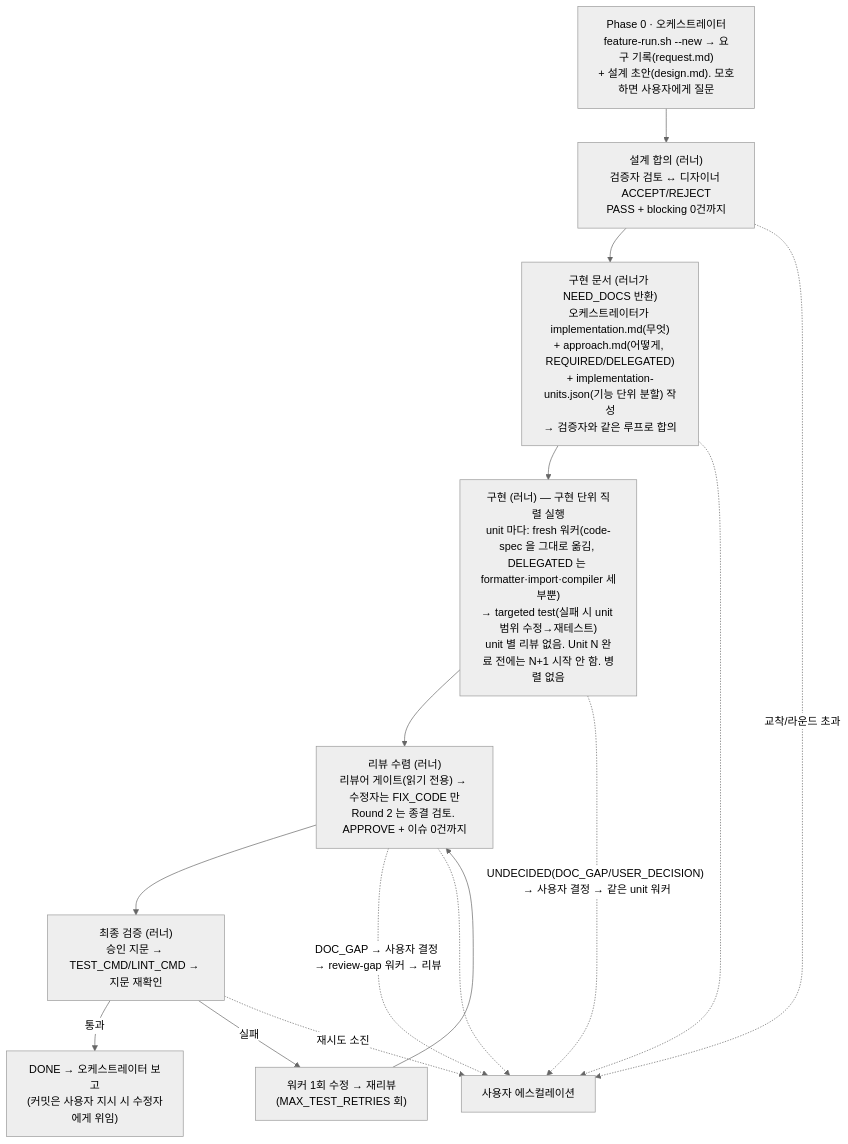
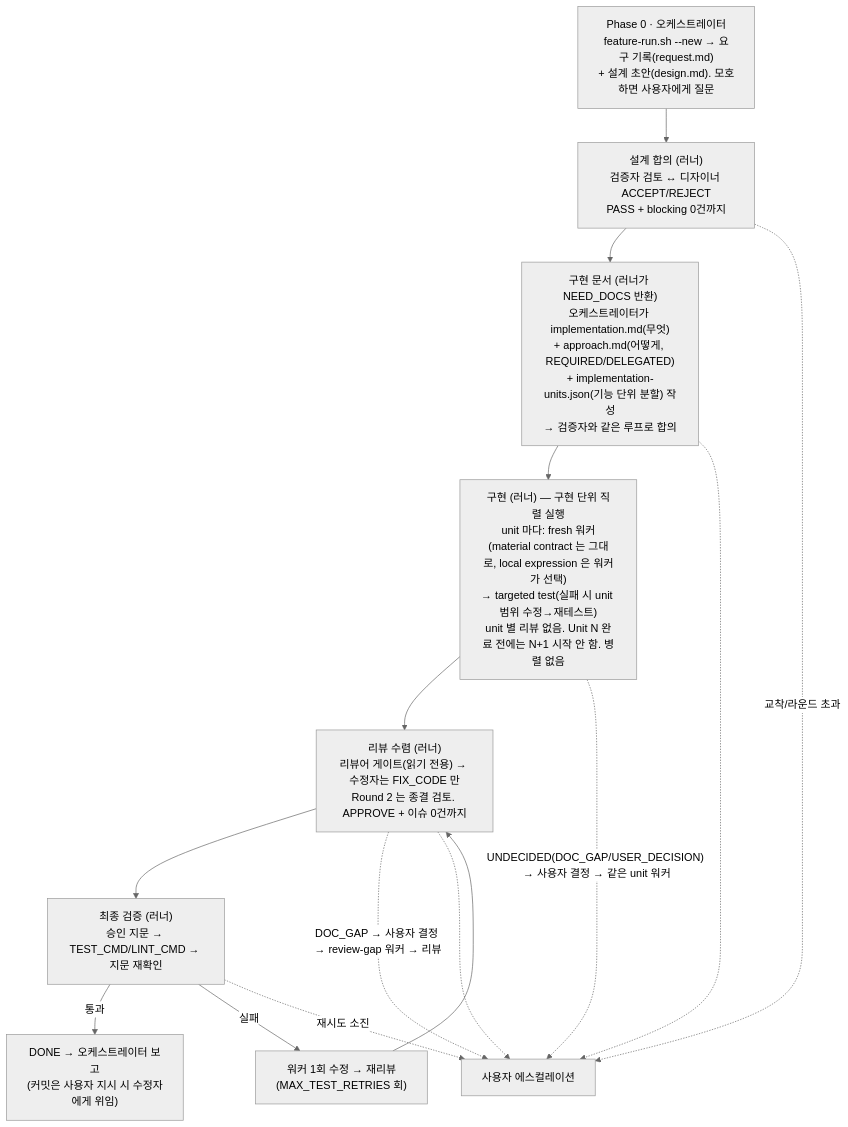
Before and after one commit to DEV-asdf-516/feature-skill: the diagram in README.md, drawn with Mermaid (neutral theme). The commit also changed other lines of this file and 238 other files, not shown here.

First line of the commit message:
feat: 합의 대상을 production diff 동일성에서 material decision 으로 (VALIDATOR/REVIEWER_CONTRACT_VERSION 15)

````diff
--- a/README.md
+++ b/README.md
@@ -25,16 +25,16 @@
 ```mermaid
 flowchart TD
     P0["Phase 0 · 오케스트레이터\nfeature-run.sh --new → 요구 기록(request.md)\n+ 설계 초안(design.md). 모호하면 사용자에게 질문"] --> P1
     P1["설계 합의 (러너)\n검증자 검토 ↔ 디자이너 ACCEPT/REJECT\nPASS + blocking 0건까지"] --> P15
     P15["구현 문서 (러너가 NEED_DOCS 반환)\n오케스트레이터가 implementation.md(무엇)\n+ approach.md(어떻게, REQUIRED/DELEGATED)\n+ implementation-units.json(기능 단위 분할) 작성\n→ 검증자와 같은 루프로 합의"] --> P2
-    P2["구현 (러너) — 구현 단위 직렬 실행\nunit 마다: fresh 워커(code-spec 을 그대로 옮김, DELEGATED 는 formatter·import·compiler 세부뿐)\n→ targeted test(실패 시 unit 범위 수정→재테스트)\nunit 별 리뷰 없음. Unit N 완료 전에는 N+1 시작 안 함. 병렬 없음"] --> P3
+    P2["구현 (러너) — 구현 단위 직렬 실행\nunit 마다: fresh 워커(material contract 는 그대로, local expression 은 워커가 선택)\n→ targeted test(실패 시 unit 범위 수정→재테스트)\nunit 별 리뷰 없음. Unit N 완료 전에는 N+1 시작 안 함. 병렬 없음"] --> P3
     P3["리뷰 수렴 (러너)\n리뷰어 게이트(읽기 전용) → 수정자는 FIX_CODE 만\nRound 2 는 종결 검토. APPROVE + 이슈 0건까지"] --> P4
     P3 -.DOC_GAP → 사용자 결정 → review-gap 워커 → 리뷰.-> ESC
     P4["최종 검증 (러너)\n승인 지문 → TEST_CMD/LINT_CMD → 지문 재확인"] -->|통과| DONE["DONE → 오케스트레이터 보고\n(커밋은 사용자 지시 시 수정자에게 위임)"]
     P4 -->|실패| P2R["워커 1회 수정 → 재리뷰\n(MAX_TEST_RETRIES 회)"] --> P3
     P2 -.UNDECIDED(DOC_GAP/USER_DECISION) → 사용자 결정 → 같은 unit 워커.-> ESC
     P1 -.교착/라운드 초과.-> ESC["사용자 에스컬레이션"]
     P15 -.-> ESC
     P3 -.-> ESC
     P4 -.재시도 소진.-> ESC
 ```
````
